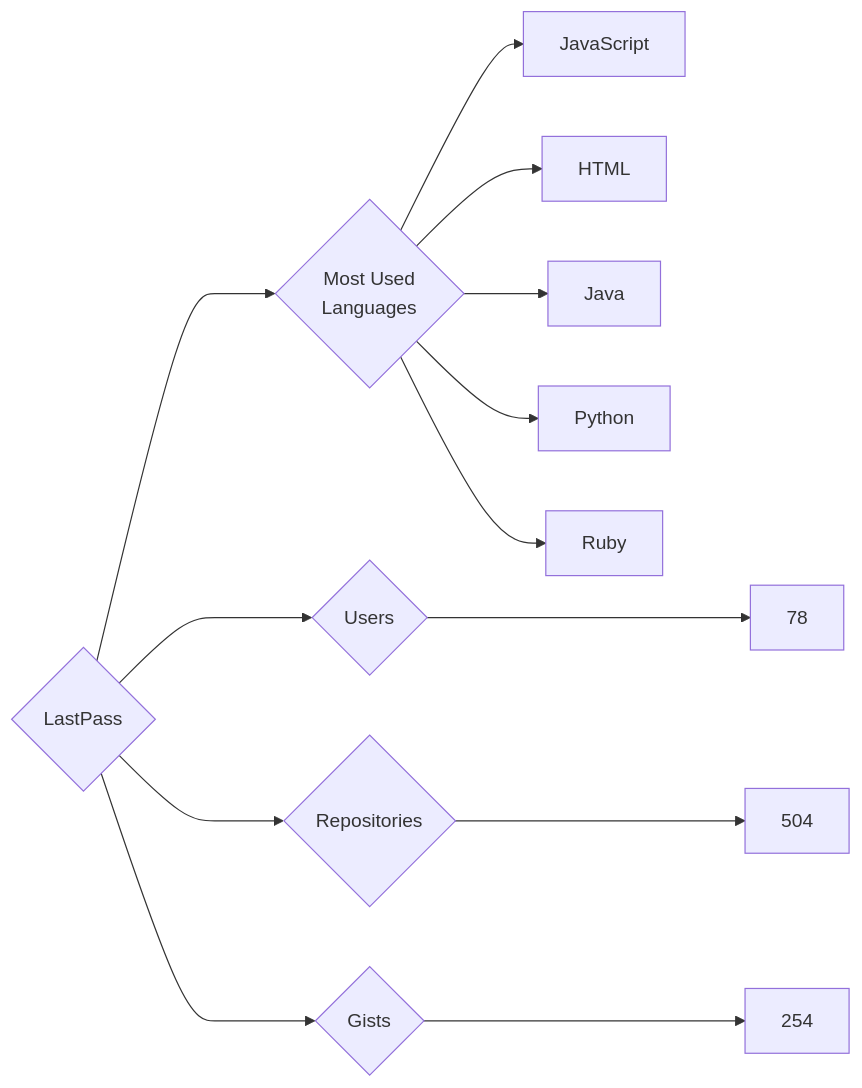
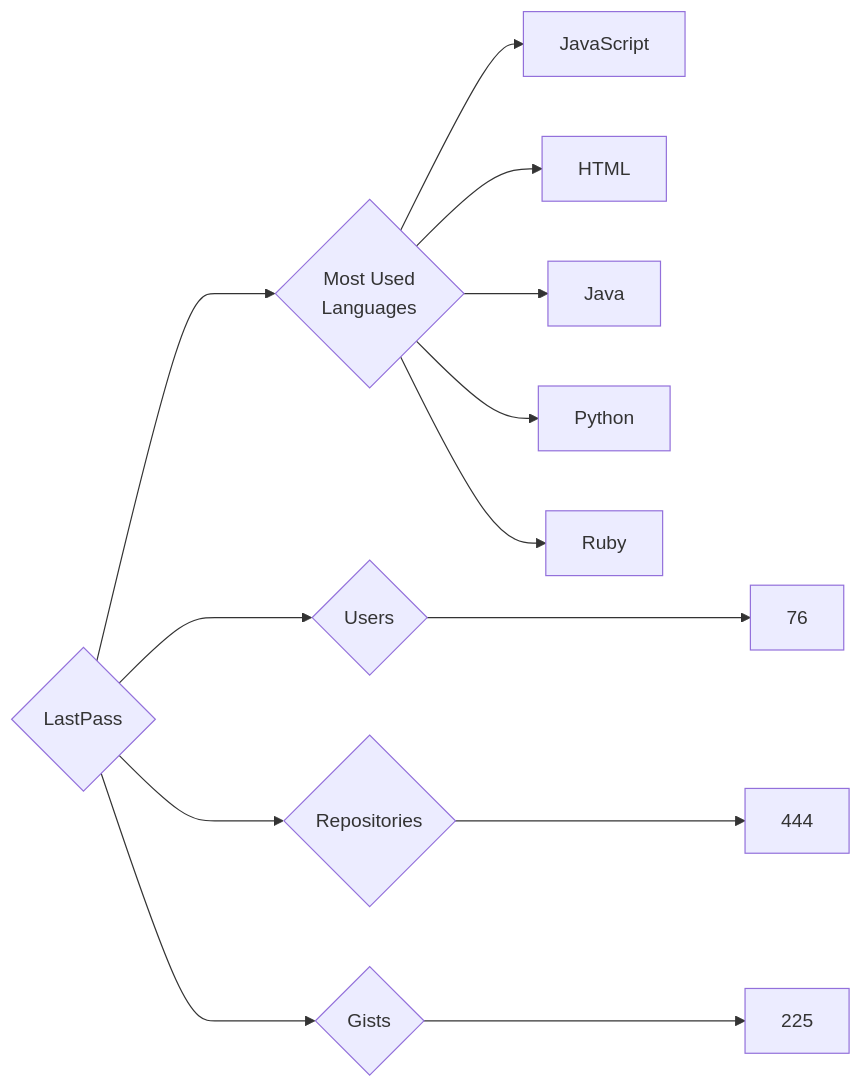
Before and after one commit to trickest/insiders: the diagram in targets/LastPass/README.md, drawn with Mermaid. The commit also changed 1508 other files, not shown here.

````diff
--- a/targets/LastPass/README.md
+++ b/targets/LastPass/README.md
@@ -3,13 +3,13 @@
 ```mermaid
 graph LR
 COMPANY_NAME{LastPass}
-COMPANY_NAME ---> U{Users} ---> UN[78]
-COMPANY_NAME ---> R{Repositories} ---> RN[504]
-COMPANY_NAME ---> G{Gists} ---> GN[254]
+COMPANY_NAME ---> U{Users} ---> UN[76]
+COMPANY_NAME ---> R{Repositories} ---> RN[444]
+COMPANY_NAME ---> G{Gists} ---> GN[225]
 COMPANY_NAME ---> ML{Most Used<br>Languages}
 ML --> JavaScript[JavaScript]
 ML --> HTML[HTML]
 ML --> Java[Java]
 ML --> Python[Python]
 ML --> Ruby[Ruby]
 ```
````
